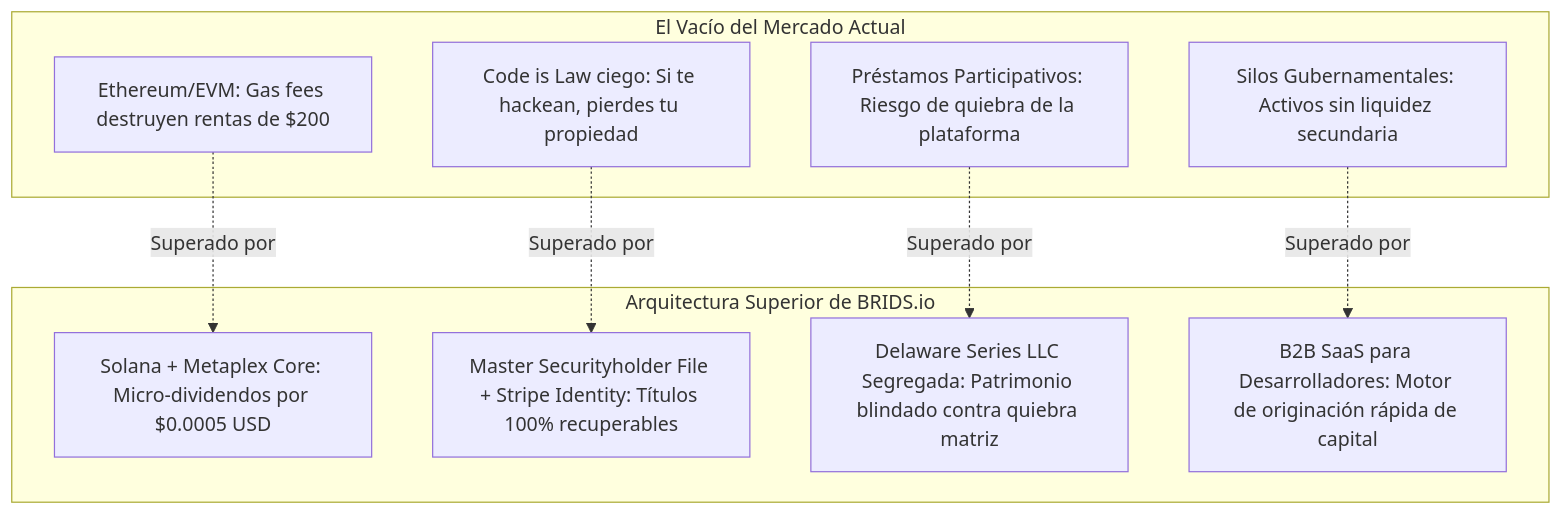
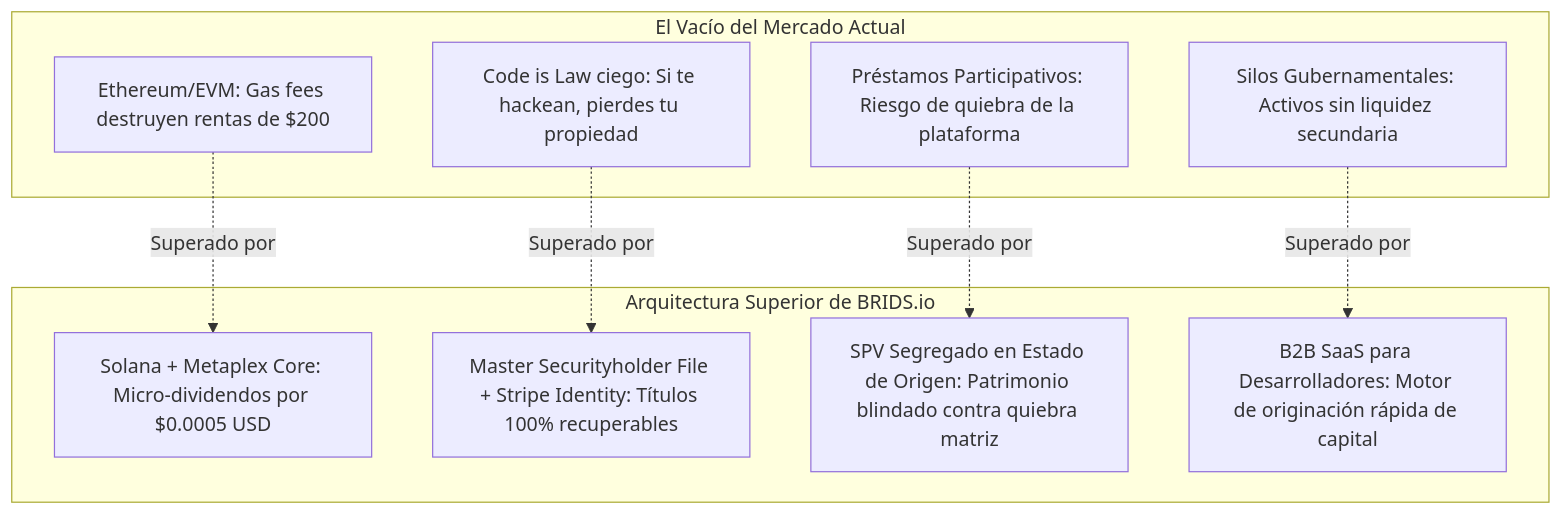
One commit to jeisonsosablockdev/BRIDS-KNOWLEDGE-FORT changed the second of 2 diagrams in BRIDS-Brain/01 Negocio/01 Estrategia & Modelo/market-research/rwa-real-estate-competitor-benchmark.md. Above: the diagram before and after it, drawn with Mermaid. The commit also changed other lines of this file and 39 other files, not shown here.

````diff
--- a/BRIDS-Brain/01 Negocio/01 Estrategia & Modelo/market-research/rwa-real-estate-competitor-benchmark.md
+++ b/BRIDS-Brain/01 Negocio/01 Estrategia & Modelo/market-research/rwa-real-estate-competitor-benchmark.md
@@ -155,21 +155,21 @@
 ```mermaid
 flowchart TD
     subgraph Deficiencias_Mercado["El Vacío del Mercado Actual"]
         D1["Ethereum/EVM: Gas fees destruyen rentas de $200"]
         D2["Code is Law ciego: Si te hackean, pierdes tu propiedad"]
         D3["Préstamos Participativos: Riesgo de quiebra de la plataforma"]
         D4["Silos Gubernamentales: Activos sin liquidez secundaria"]
     end
 
     subgraph Foso_BRIDS["Arquitectura Superior de BRIDS.io"]
         B1["Solana + Metaplex Core: Micro-dividendos por $0.0005 USD"]
         B2["Master Securityholder File + Stripe Identity: Títulos 100% recuperables"]
-        B3["Delaware Series LLC Segregada: Patrimonio blindado contra quiebra matriz"]
+        B3["SPV Segregado en Estado de Origen: Patrimonio blindado contra quiebra matriz"]
         B4["B2B SaaS para Desarrolladores: Motor de originación rápida de capital"]
     end
 
     D1 -.->|Superado por| B1
     D2 -.->|Superado por| B2
     D3 -.->|Superado por| B3
     D4 -.->|Superado por| B4
 ```
````
